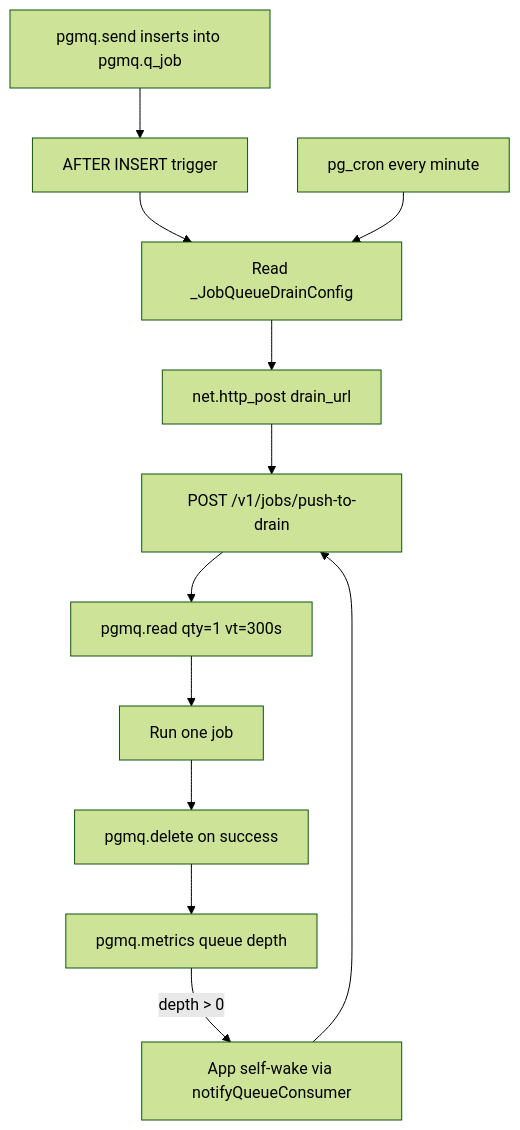
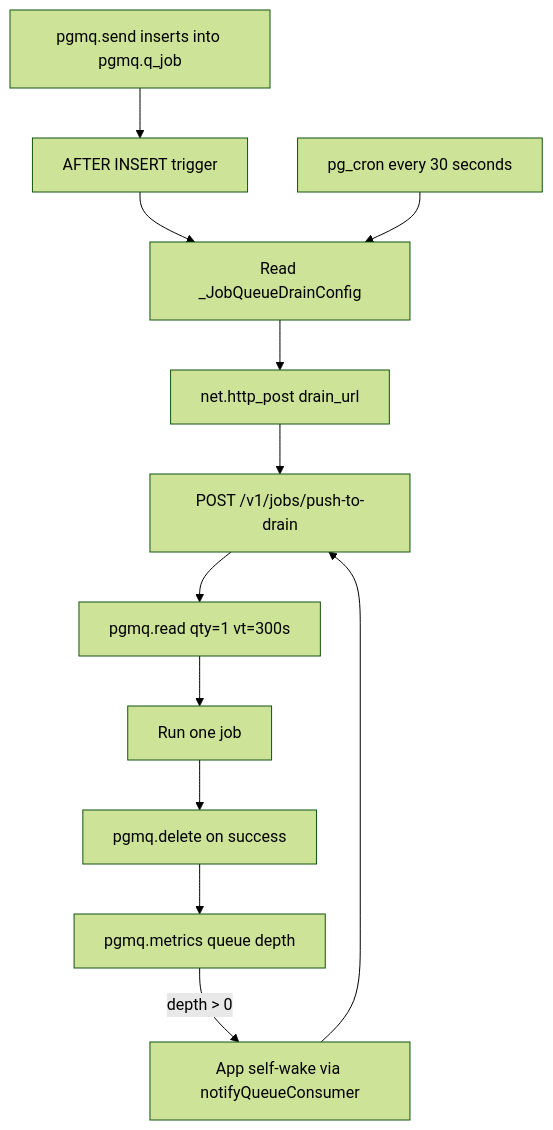
Before and after one commit to curvenote/curvenote: the third of 5 diagrams in docs/jobs/queues-and-jobs.md, drawn with Mermaid (forest theme). The commit also changed other lines of this file and 8 other files, not shown here.

````diff
--- a/docs/jobs/queues-and-jobs.md
+++ b/docs/jobs/queues-and-jobs.md
@@ -91,14 +91,14 @@
 ```mermaid
 flowchart TD
   Send[pgmq.send inserts into pgmq.q_job] --> Trigger[AFTER INSERT trigger]
   Trigger --> Config[Read _JobQueueDrainConfig]
   Config --> Net[net.http_post drain_url]
-  Cron[pg_cron every minute] --> Config
+  Cron[pg_cron every 30 seconds] --> Config
   Net --> Route[POST /v1/jobs/push-to-drain]
   Route --> Read[pgmq.read qty=1 vt=300s]
   Read --> Run[Run one job]
   Run --> Ack[pgmq.delete on success]
   Ack --> Depth[pgmq.metrics queue depth]
   Depth -->|depth > 0| Chain[App self-wake via notifyQueueConsumer]
   Chain --> Route
 ```
````
